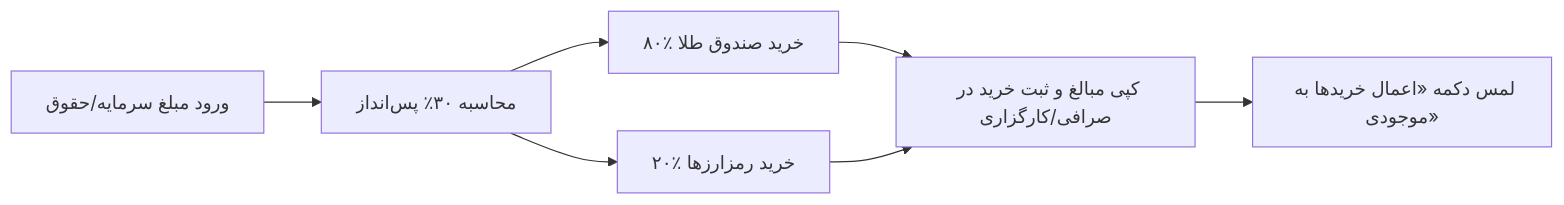
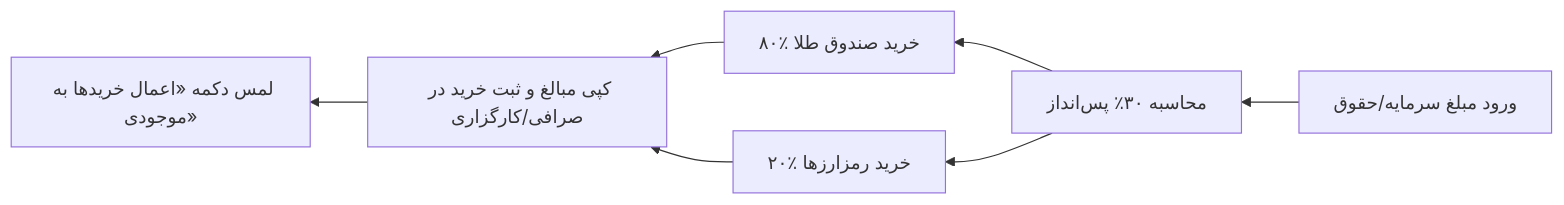
One commit to AmirHossein-84/Investment-app changed the diagram in README.md. Above: the diagram before and after it, drawn with Mermaid. The commit also changed other lines of this file, not shown here.

Commit message:
docs: make README fully RTL and update flowchart to right-to-left layout

````diff
--- a/README.md
+++ b/README.md
@@ -81,9 +83,9 @@
 ```mermaid
-graph LR
+graph RL
     A[ورود مبلغ سرمایه/حقوق] --> B[محاسبه ۳۰٪ پس‌انداز]
     B --> C[۸۰٪ خرید صندوق طلا]
     B --> D[۲۰٪ خرید رمزارزها]
     C --> E[کپی مبالغ و ثبت خرید در صرافی/کارگزاری]
     D --> E
     E --> F[لمس دکمه «اعمال خریدها به موجودی»]
 ```
````
